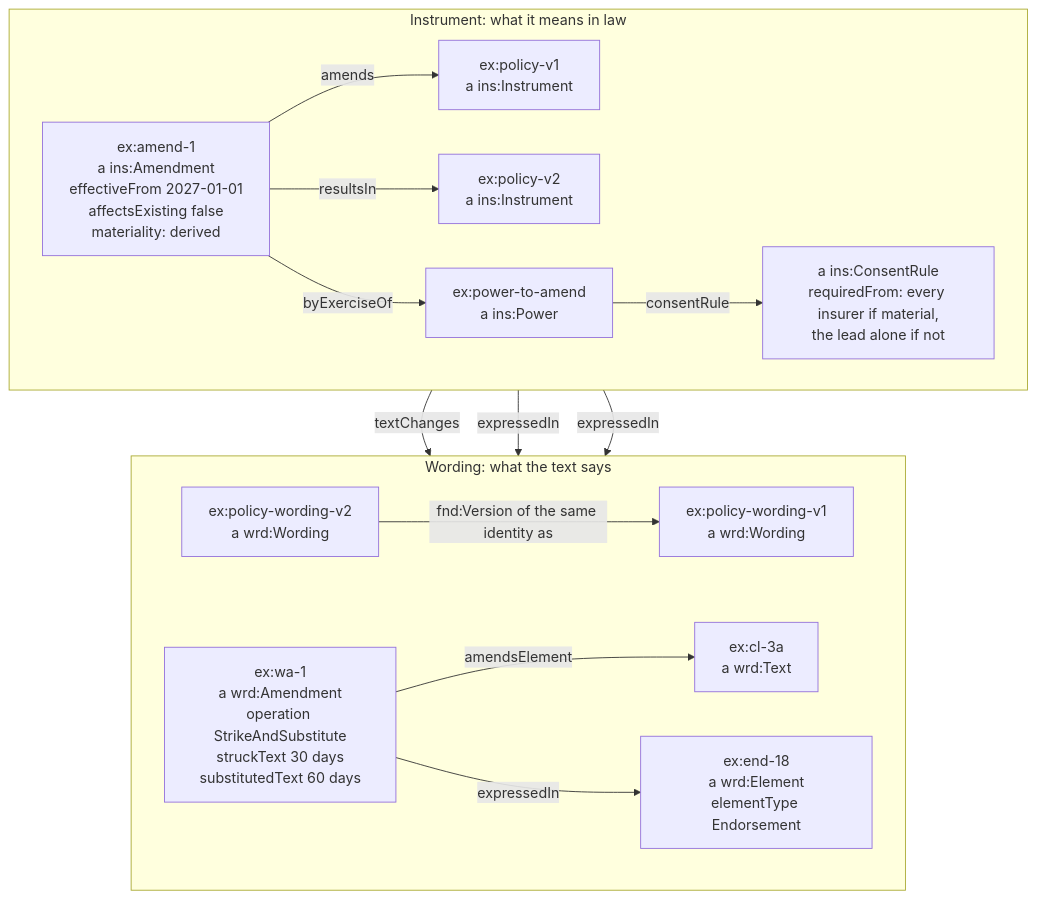
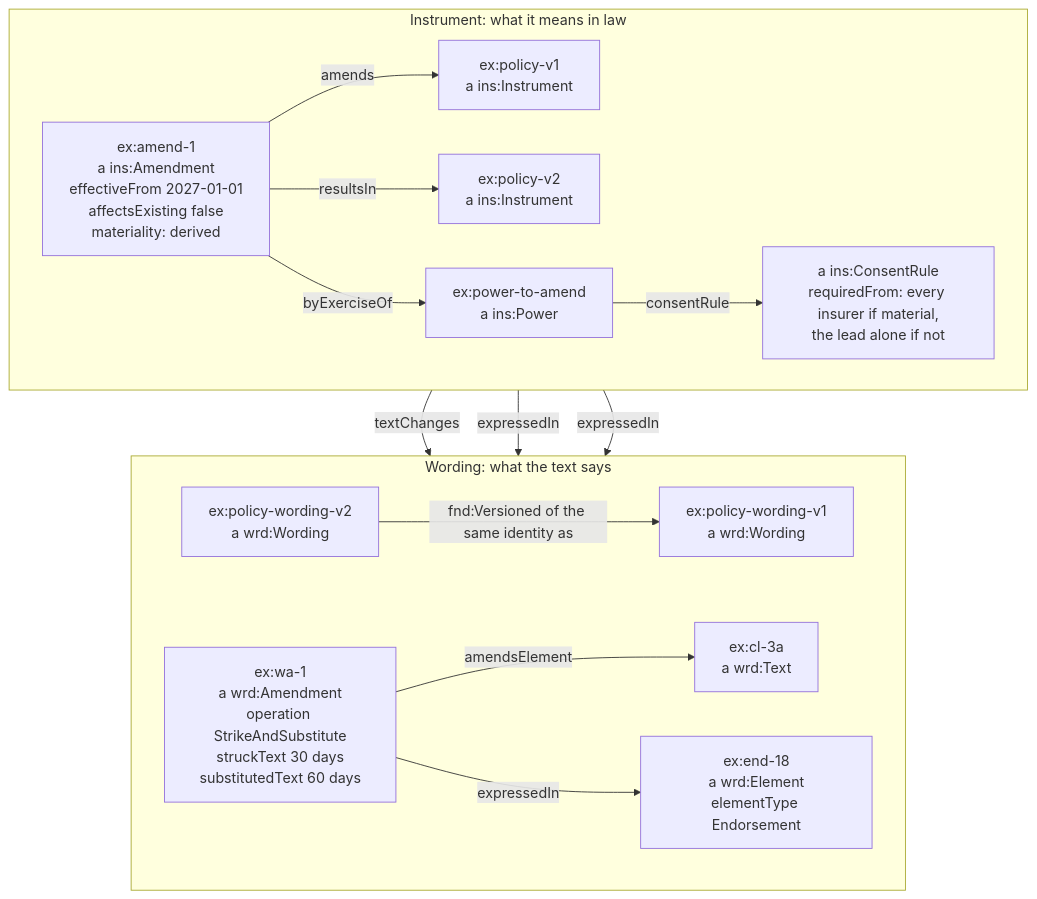
Before and after one commit to nebularis/lattice: diagram 11 of 32 in docs/developer/sketches/computable-contract-substrate.md, drawn with Mermaid. The commit also changed other lines of this file and 334 other files, not shown here.

````diff
--- a/docs/developer/sketches/computable-contract-substrate.md
+++ b/docs/developer/sketches/computable-contract-substrate.md
@@ -819,29 +819,29 @@
 ```mermaid
 flowchart TB
     subgraph INS["Instrument: what it means in law"]
         direction LR
         I1["ex:policy-v1<br/>a ins:Instrument"]
         I2["ex:policy-v2<br/>a ins:Instrument"]
         IA["ex:amend-1<br/>a ins:Amendment<br/>effectiveFrom 2027-01-01<br/>affectsExisting false<br/>materiality: derived"]
         PW["ex:power-to-amend<br/>a ins:Power"]
         CR["a ins:ConsentRule<br/>requiredFrom: every insurer if material,<br/>the lead alone if not"]
         IA -- "amends" --> I1
         IA -- "resultsIn" --> I2
         IA -- "byExerciseOf" --> PW
         PW -- "consentRule" --> CR
     end
     subgraph WRD["Wording: what the text says"]
         direction LR
         W1["ex:policy-wording-v1<br/>a wrd:Wording"]
         W2["ex:policy-wording-v2<br/>a wrd:Wording"]
         CL["ex:cl-3a<br/>a wrd:Text"]
         EN["ex:end-18<br/>a wrd:Element<br/>elementType Endorsement"]
         WA["ex:wa-1<br/>a wrd:Amendment<br/>operation StrikeAndSubstitute<br/>struckText 30 days<br/>substitutedText 60 days"]
         WA -- "amendsElement" --> CL
         WA -- "expressedIn" --> EN
-        W2 -- "fnd:Version of the same identity as" --> W1
+        W2 -- "fnd:Versioned of the same identity as" --> W1
     end
     IA -- "textChanges" --> WA
     I1 -- "expressedIn" --> W1
     I2 -- "expressedIn" --> W2
 ```
````
